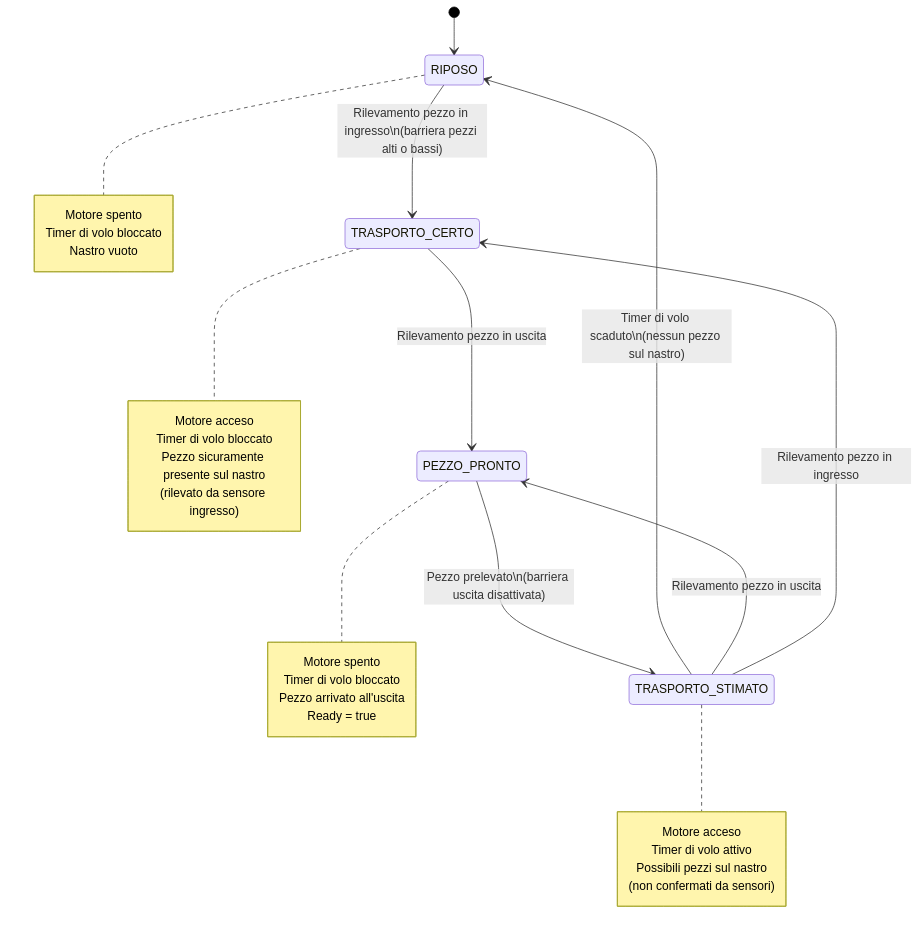
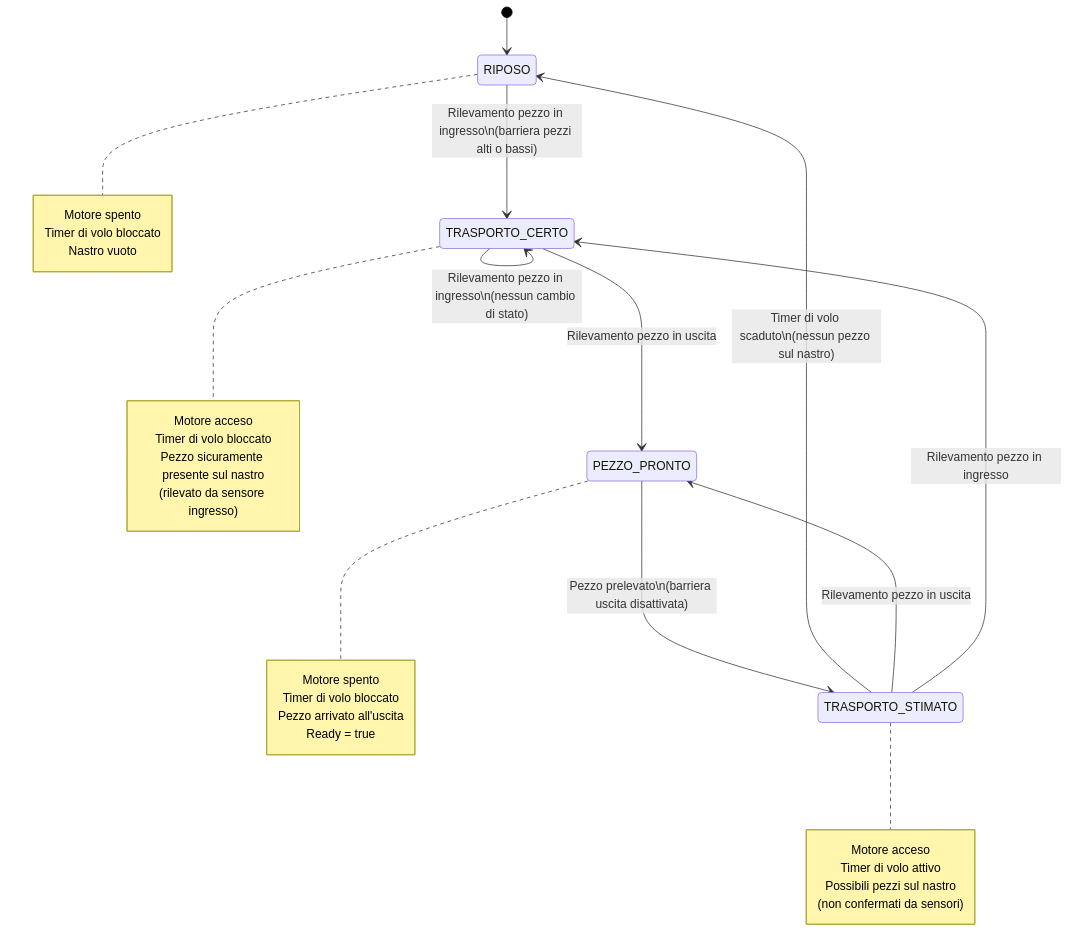
The diagram in nastro.md (sebastianomelita/ArduinoBareMetal), drawn with Mermaid before and after one commit.

````diff
--- a/nastro.md
+++ b/nastro.md
@@ -41,39 +41,40 @@
 ```mermaid
 %%{init: {'theme': 'default', 'themeVariables': { 'primaryColor': '#ffffff', 'primaryTextColor': '#000000', 'primaryBorderColor': '#000000', 'lineColor': '#000000', 'secondaryColor': '#f4f4f4', 'tertiaryColor': '#ffffff' }}}%%
 stateDiagram-v2
     [*] --> RIPOSO
     
     RIPOSO --> TRASPORTO_CERTO: Rilevamento pezzo in ingresso\n(barriera pezzi alti o bassi)
     TRASPORTO_CERTO --> PEZZO_PRONTO: Rilevamento pezzo in uscita
+    TRASPORTO_CERTO --> TRASPORTO_CERTO: Rilevamento pezzo in ingresso\n(nessun cambio di stato)
     PEZZO_PRONTO --> TRASPORTO_STIMATO: Pezzo prelevato\n(barriera uscita disattivata)
     TRASPORTO_STIMATO --> RIPOSO: Timer di volo scaduto\n(nessun pezzo sul nastro)
     TRASPORTO_STIMATO --> PEZZO_PRONTO: Rilevamento pezzo in uscita
     TRASPORTO_STIMATO --> TRASPORTO_CERTO: Rilevamento pezzo in ingresso
     
     note right of RIPOSO
         Motore spento
         Timer di volo bloccato
         Nastro vuoto
     end note
     
     note right of TRASPORTO_CERTO
         Motore acceso
         Timer di volo bloccato
         Pezzo sicuramente presente sul nastro
         (rilevato da sensore ingresso)
     end note
     
     note right of PEZZO_PRONTO
         Motore spento
         Timer di volo bloccato
         Pezzo arrivato all'uscita
         Ready = true
     end note
     
     note right of TRASPORTO_STIMATO
         Motore acceso
         Timer di volo attivo
         Possibili pezzi sul nastro
         (non confermati da sensori)
     end note
 ```
````
